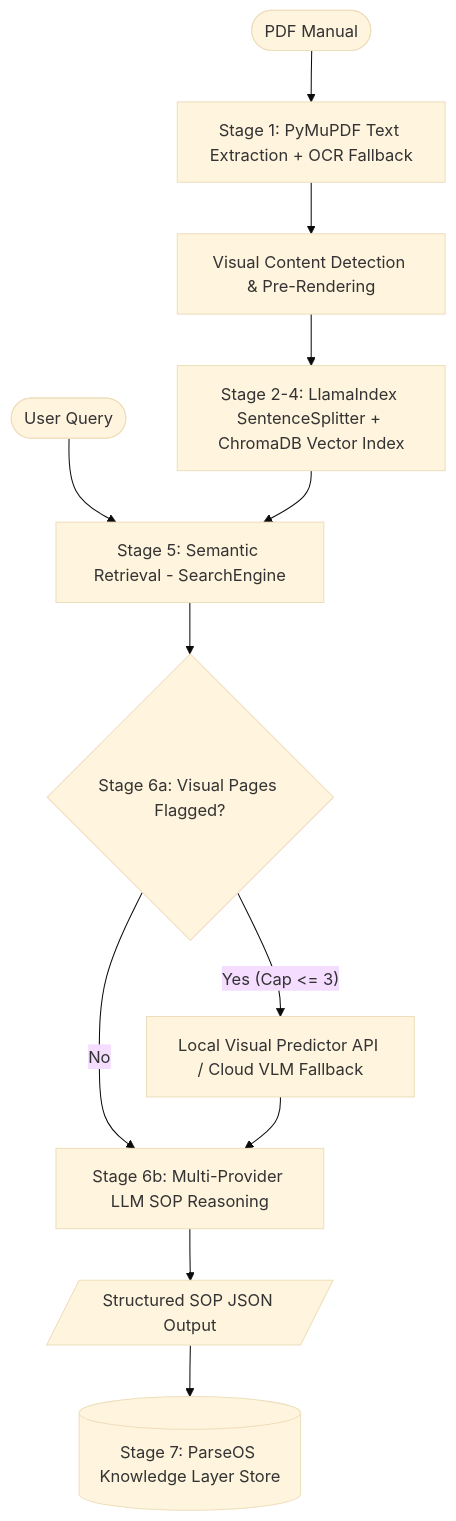
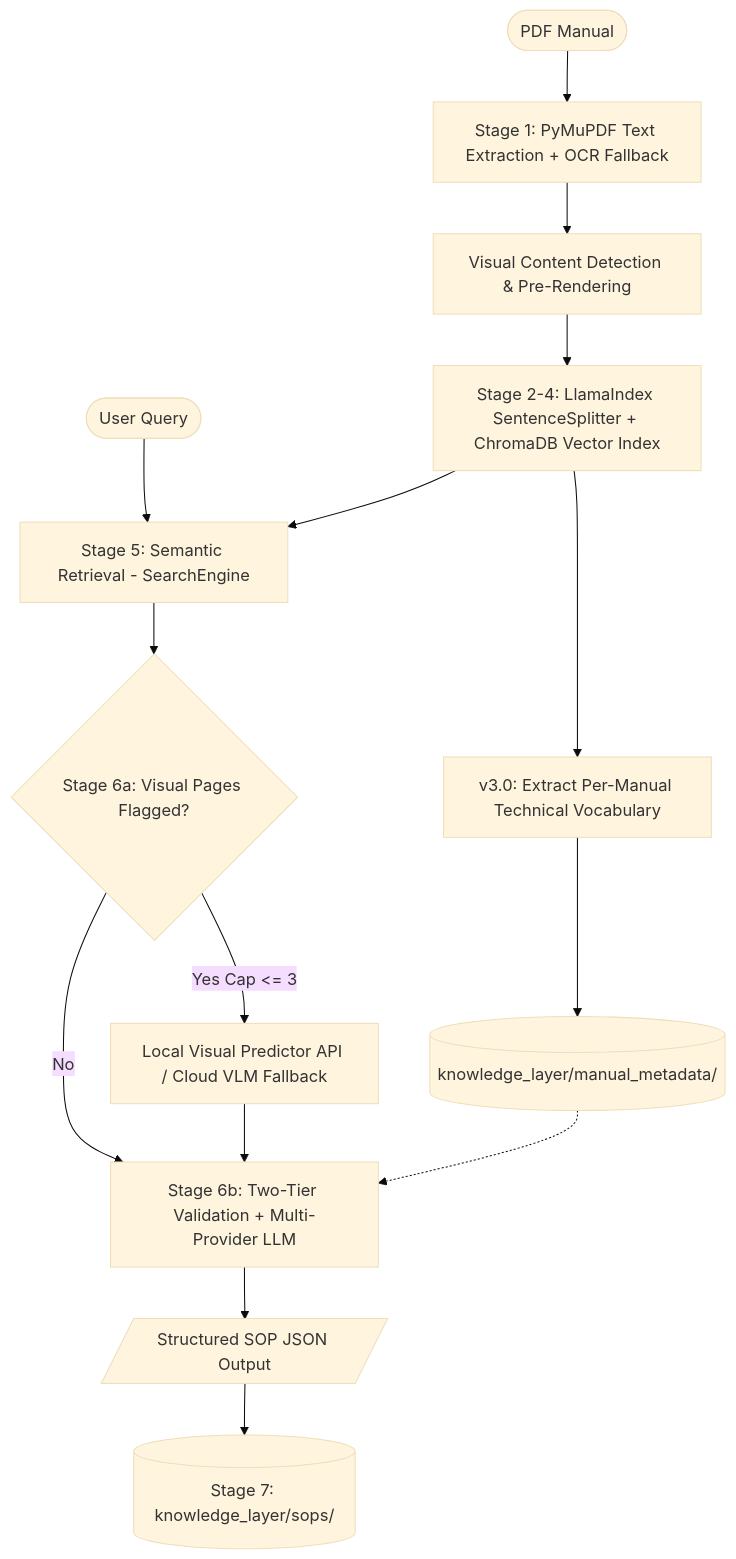
One commit to hi0001234d/parseos-manual-intelligence changed the diagram in README.md. Above: the diagram before and after it, drawn with Mermaid (base theme). The commit also changed other lines of this file and 137 other files, not shown here.

Commit message:
Updated manual metadata feature

````diff
--- a/README.md
+++ b/README.md
@@ -37,17 +46,20 @@
 ```mermaid
 flowchart TD
     A([PDF Manual]) --> B[Stage 1: PyMuPDF Text Extraction + OCR Fallback]
     B --> C[Visual Content Detection & Pre-Rendering]
     C --> D[Stage 2-4: LlamaIndex SentenceSplitter + ChromaDB Vector Index]
+    D --> V[v3.0: Extract Per-Manual Technical Vocabulary]
+    V --> MD[(knowledge_layer/manual_metadata/)]
     
     Q([User Query]) --> E[Stage 5: Semantic Retrieval - SearchEngine]
     D --> E
     
     E --> F{Stage 6a: Visual Pages Flagged?}
-    F -- Yes (Cap <= 3) --> G[Local Visual Predictor API / Cloud VLM Fallback]
-    F -- No --> H[Stage 6b: Multi-Provider LLM SOP Reasoning]
+    F -- Yes Cap <= 3 --> G[Local Visual Predictor API / Cloud VLM Fallback]
+    F -- No --> H[Stage 6b: Two-Tier Validation + Multi-Provider LLM]
     G --> H
+    MD -.-> H
     
     H --> I[/Structured SOP JSON Output/]
-    I --> J[(Stage 7: ParseOS Knowledge Layer Store)]
+    I --> J[(Stage 7: knowledge_layer/sops/)]
 ```
````
